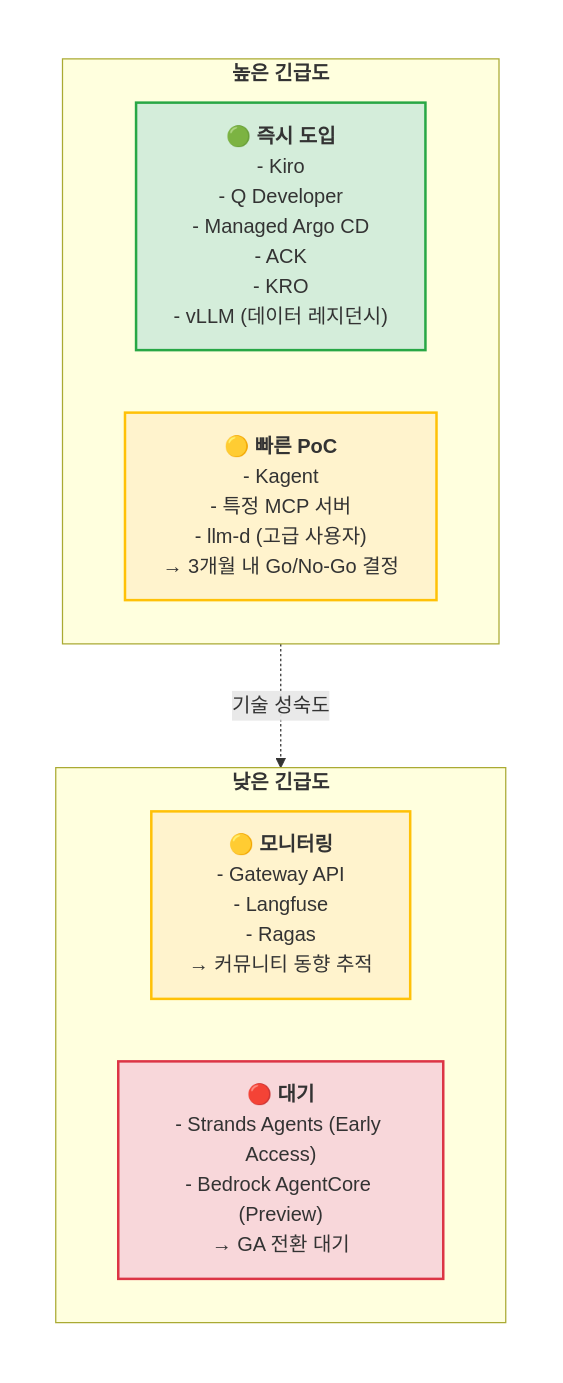
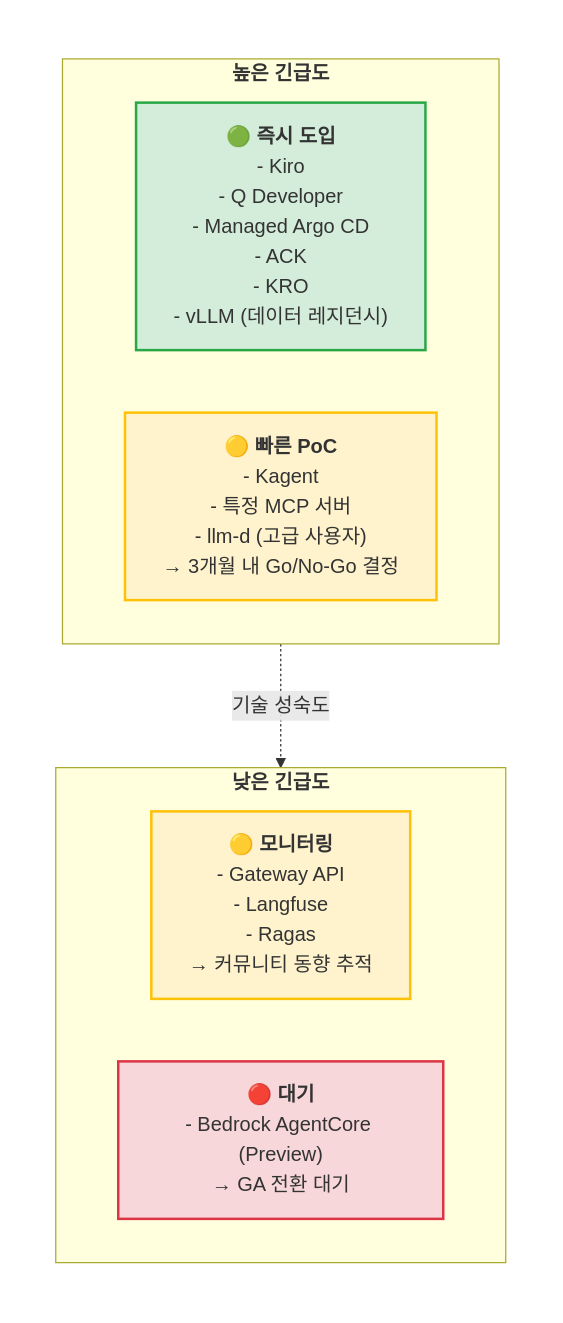
One commit to devfloor9/engineering-playbook changed the first of 2 diagrams in i18n/ko/docusaurus-plugin-content-docs/current/aidlc/toolchain/technology-roadmap.md. Above: the diagram before and after it, drawn with Mermaid. The commit also changed other lines of this file and 3 other files, not shown here.

````diff
--- a/i18n/ko/docusaurus-plugin-content-docs/current/aidlc/toolchain/technology-roadmap.md
+++ b/i18n/ko/docusaurus-plugin-content-docs/current/aidlc/toolchain/technology-roadmap.md
@@ -138,26 +140,26 @@
 ```mermaid
 graph TD
     subgraph matrix[" "]
         direction TB
 
         subgraph high_urgency["<b>높은 긴급도</b>"]
             direction LR
             quadrant1["<b>🟢 즉시 도입</b><br/>- Kiro<br/>- Q Developer<br/>- Managed Argo CD<br/>- ACK<br/>- KRO<br/>- vLLM (데이터 레지던시)"]
             quadrant2["<b>🟡 빠른 PoC</b><br/>- Kagent<br/>- 특정 MCP 서버<br/>- llm-d (고급 사용자)<br/>→ 3개월 내 Go/No-Go 결정"]
         end
 
         subgraph low_urgency["<b>낮은 긴급도</b>"]
             direction LR
             quadrant3["<b>🟡 모니터링</b><br/>- Gateway API<br/>- Langfuse<br/>- Ragas<br/>→ 커뮤니티 동향 추적"]
-            quadrant4["<b>🔴 대기</b><br/>- Strands Agents (Early Access)<br/>- Bedrock AgentCore (Preview)<br/>→ GA 전환 대기"]
+            quadrant4["<b>🔴 대기</b><br/>- Bedrock AgentCore (Preview)<br/>→ GA 전환 대기"]
         end
     end
 
     high_urgency -.->|기술 성숙도| low_urgency
 
     style quadrant1 fill:#d4edda,stroke:#28a745,stroke-width:2px
     style quadrant2 fill:#fff3cd,stroke:#ffc107,stroke-width:2px
     style quadrant3 fill:#fff3cd,stroke:#ffc107,stroke-width:2px
     style quadrant4 fill:#f8d7da,stroke:#dc3545,stroke-width:2px
     style matrix fill:none,stroke:none
 ```
````
